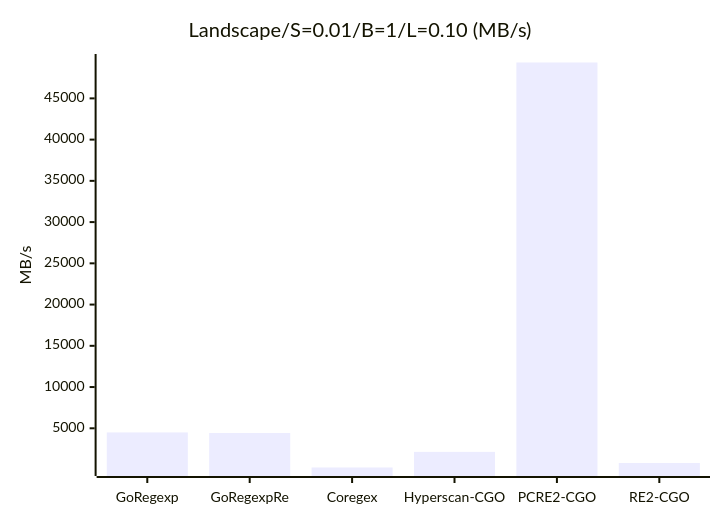
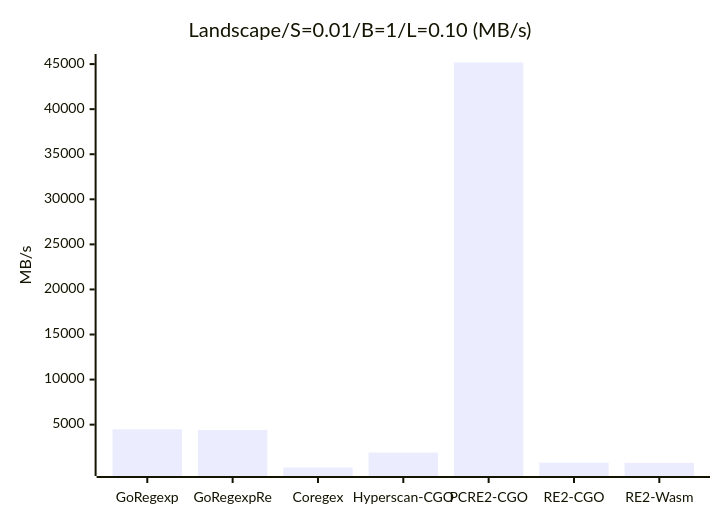
One commit to kamichidu/go-regexp-re changed the eighth of 47 diagrams in _benchmark_results/cgo_engines.md. Above: the diagram before and after it, drawn with Mermaid. The commit also changed other lines of this file and 1 other file, not shown here.

````diff
--- a/_benchmark_results/cgo_engines.md
+++ b/_benchmark_results/cgo_engines.md
@@ -169,7 +169,7 @@
 ```mermaid
 xychart-beta
     title "Landscape/S=0.01/B=1/L=0.10 (MB/s)"
-    x-axis ["GoRegexp", "GoRegexpRe", "Coregex", "Hyperscan-CGO", "PCRE2-CGO", "RE2-CGO"]
+    x-axis ["GoRegexp", "GoRegexpRe", "Coregex", "Hyperscan-CGO", "PCRE2-CGO", "RE2-CGO", "RE2-Wasm"]
     y-axis "MB/s"
-    bar [4497.73, 4428.65, 246.30, 2143.19, 49349.46, 793.37]
+    bar [4490.53, 4413.11, 246.13, 1907.74, 45176.29, 787.43, 758.19]
 ```
````
